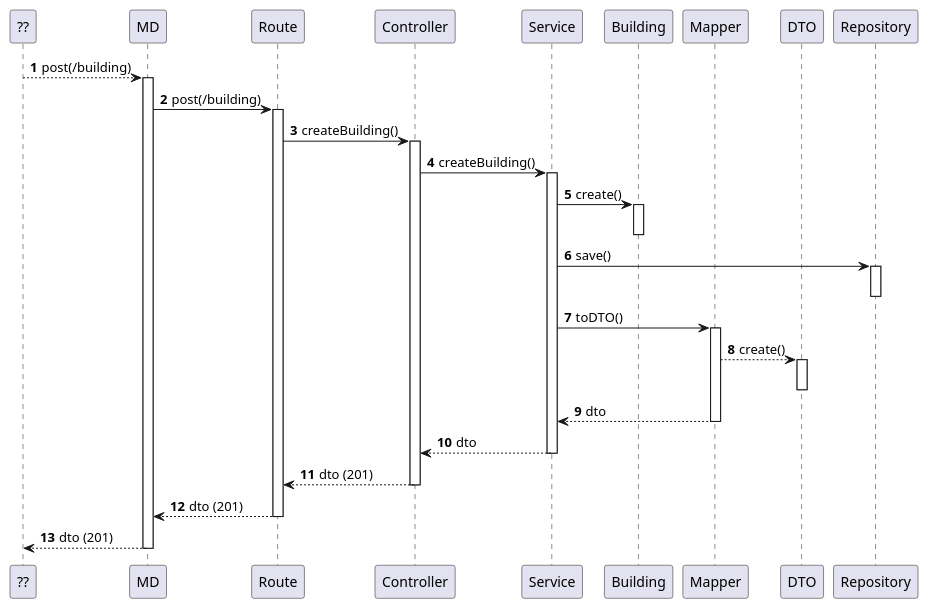
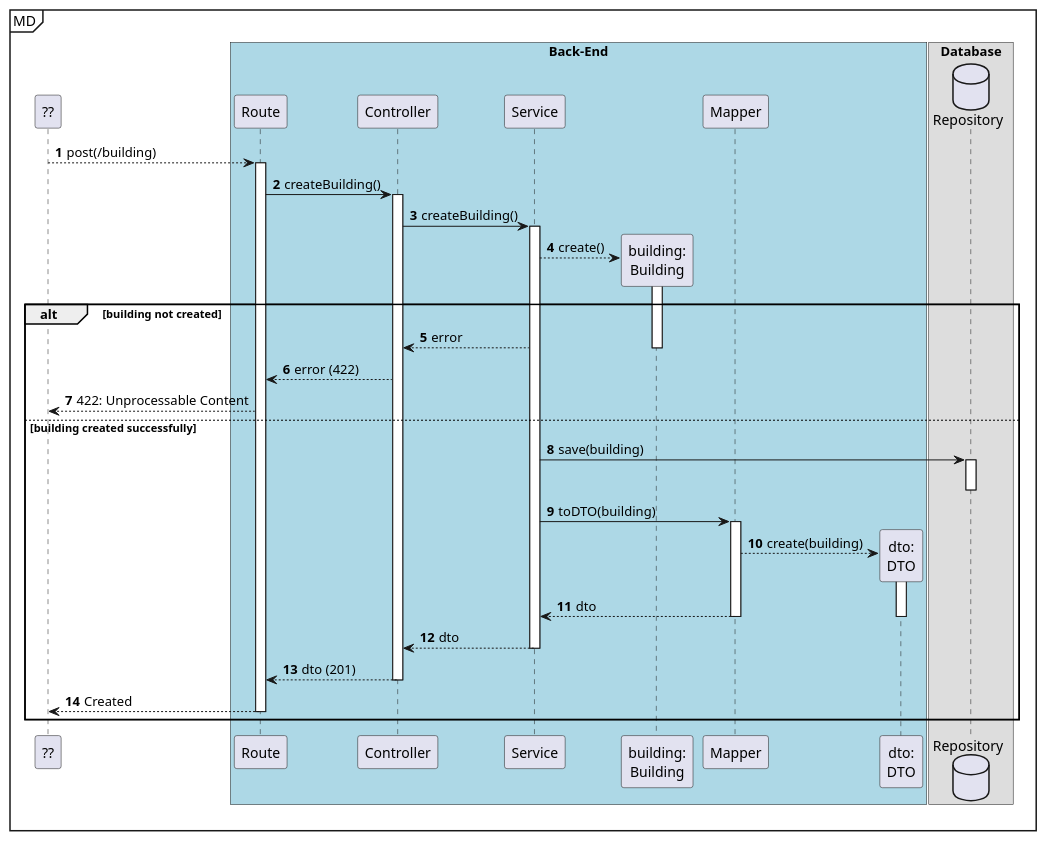
One commit to Departamento-de-Engenharia-Informatica/lapr5-23-24-g19 changed the diagram in docs/us150/level3/process-view.puml. Above: the diagram before and after it, drawn with PlantUML. The commit also changed 10 other files, not shown here.

Commit message:
docs(us150): updated lvl1,lvl2,lvl 3 process views and created lvl3 class diagram

```diff
--- a/docs/us150/level3/process-view.puml
+++ b/docs/us150/level3/process-view.puml
@@ -1,57 +1,66 @@
 @startuml
 autonumber
 
 participant "??" as ui
+mainframe MD
+box "Back-End" #LightBlue
 
-participant "MD" as mdr
 participant "Route" as r
 participant "Controller" as ctrl
 participant "Service" as svc
 
-participant "Building" as b
+participant "building:\nBuilding" as b
 participant "Mapper" as map
-participant "DTO" as dto
-
-participant "Repository" as repo
-
+participant "dto:\nDTO" as dto
+end box
+box "Database"
+database "Repository" as repo
+end box
 
 'activate ui
-ui --> mdr: post(/building)
-    activate mdr
-    mdr -> r : post(/building)
+ui --> r: post(/building)
 
     activate r
         r -> ctrl : createBuilding()
             activate ctrl
                 ctrl -> svc : createBuilding()
                 activate svc
-                    svc -> b : create()
+
+                    svc --> b **: create()
                     activate b
-                    deactivate b
 
-                    svc -> repo : save()
+
+                    alt building not created
+                        svc --> ctrl : error
+                        deactivate b
+                        ctrl --> r : error (422)
+                        r --> ui : 422: Unprocessable Content
+                    else building created successfully
+                    svc -> repo : save(building)
                     activate repo
                     deactivate repo
 
-                    svc -> map : toDTO()
+                    svc -> map : toDTO(building)
                     activate map
-                        map --> dto : create()
+                        map --> dto **: create(building)
                         activate dto
+
+                        map --> svc : dto
                         deactivate dto
-                        map --> svc : dto
                     deactivate map
 
                     svc --> ctrl : dto
                 deactivate svc
 
                 ctrl --> r : dto (201)
             deactivate ctrl
 
-        r --> mdr : dto (201)
-        deactivate r
 
-    mdr --> ui: dto (201)
-    deactivate mdr
+
+
+    r --> ui: Created
+deactivate r
+    end
 'deactivate ui
 
 @enduml
```
